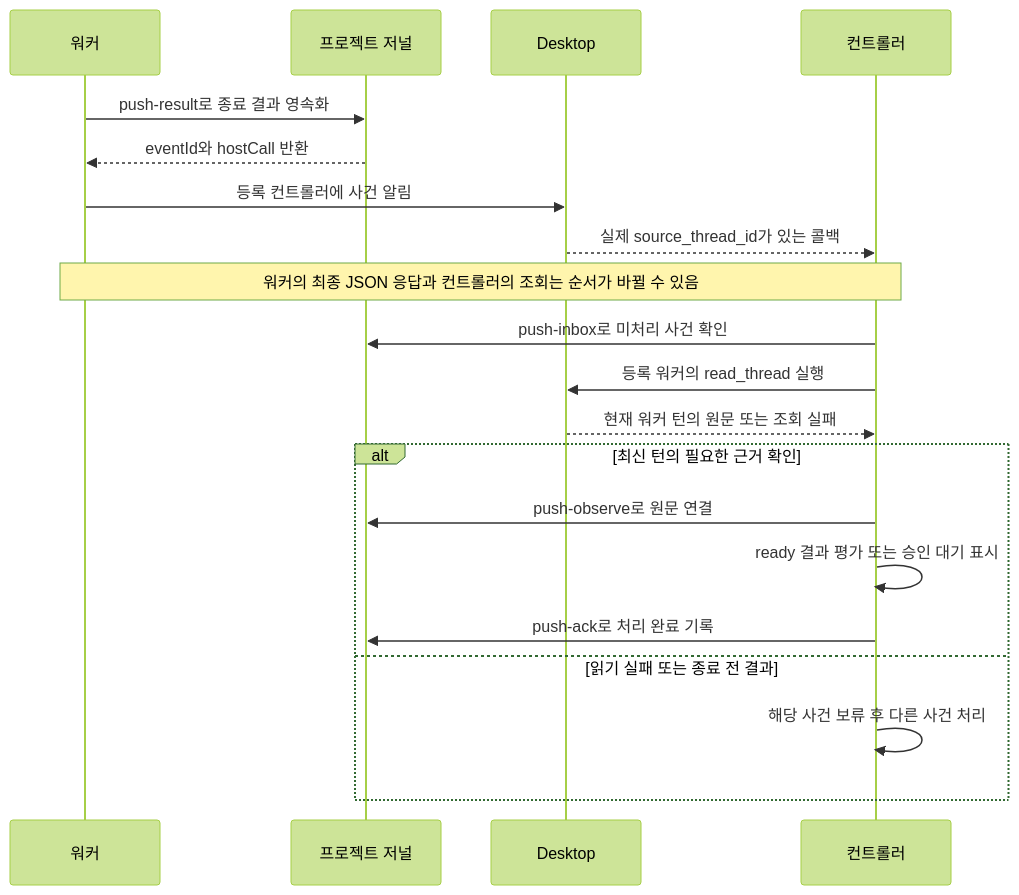
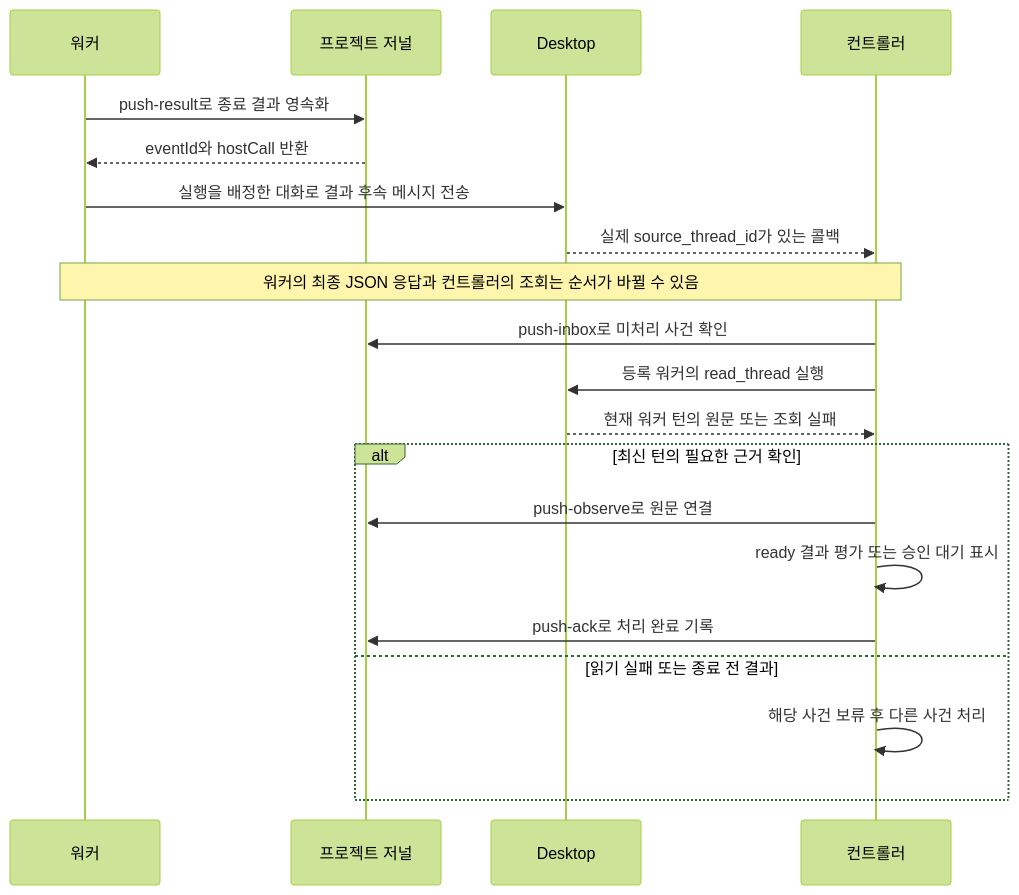
The second of 2 diagrams in packages/worker-orchestrator/docs/architecture.md (tttaliesin/personal-harness), drawn with Mermaid (forest theme) before and after one commit. The commit also changed other lines of this file and 37 other files, not shown here.

````diff
--- a/packages/worker-orchestrator/docs/architecture.md
+++ b/packages/worker-orchestrator/docs/architecture.md
@@ -70,22 +101,22 @@
 ```mermaid
 sequenceDiagram
     participant W as 워커
     participant J as 프로젝트 저널
     participant D as Desktop
     participant C as 컨트롤러
     W->>J: push-result로 종료 결과 영속화
     J-->>W: eventId와 hostCall 반환
-    W->>D: 등록 컨트롤러에 사건 알림
+    W->>D: 실행을 배정한 대화로 결과 후속 메시지 전송
     D-->>C: 실제 source_thread_id가 있는 콜백
     Note over W,C: 워커의 최종 JSON 응답과 컨트롤러의 조회는 순서가 바뀔 수 있음
     C->>J: push-inbox로 미처리 사건 확인
     C->>D: 등록 워커의 read_thread 실행
     D-->>C: 현재 워커 턴의 원문 또는 조회 실패
     alt 최신 턴의 필요한 근거 확인
         C->>J: push-observe로 원문 연결
         C->>C: ready 결과 평가 또는 승인 대기 표시
         C->>J: push-ack로 처리 완료 기록
     else 읽기 실패 또는 종료 전 결과
         C->>C: 해당 사건 보류 후 다른 사건 처리
     end
 ```
````
